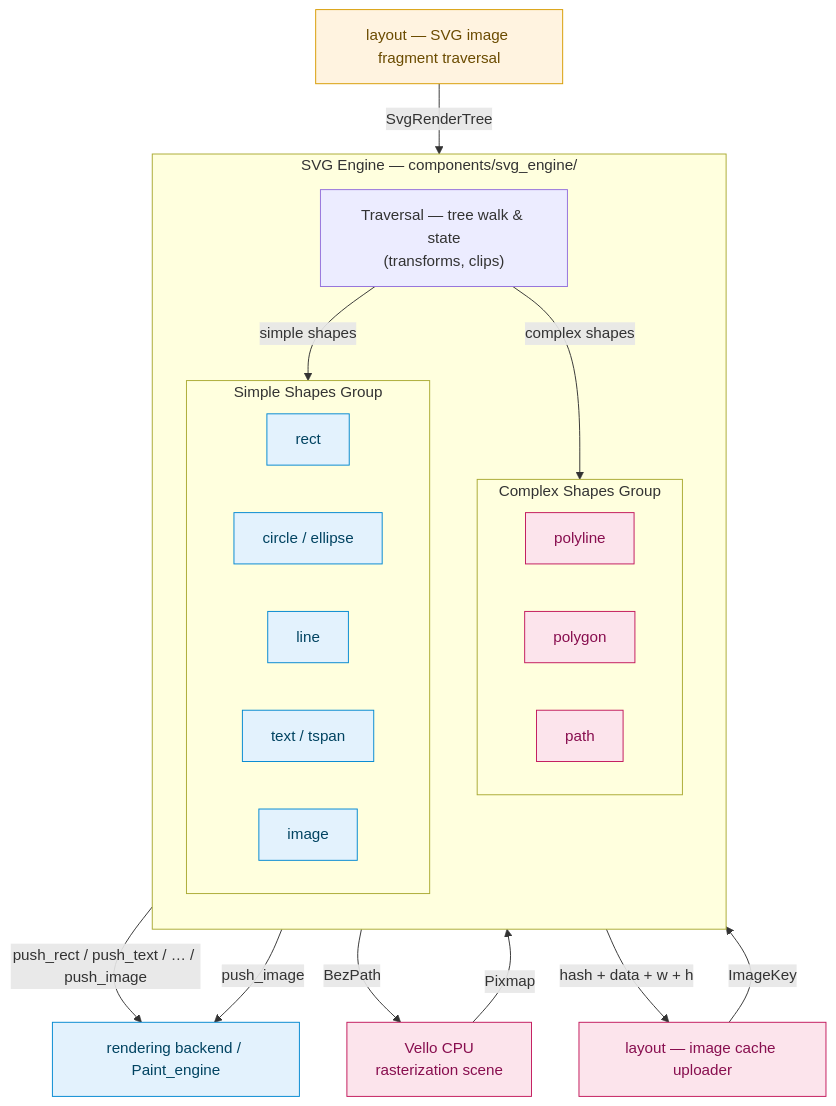
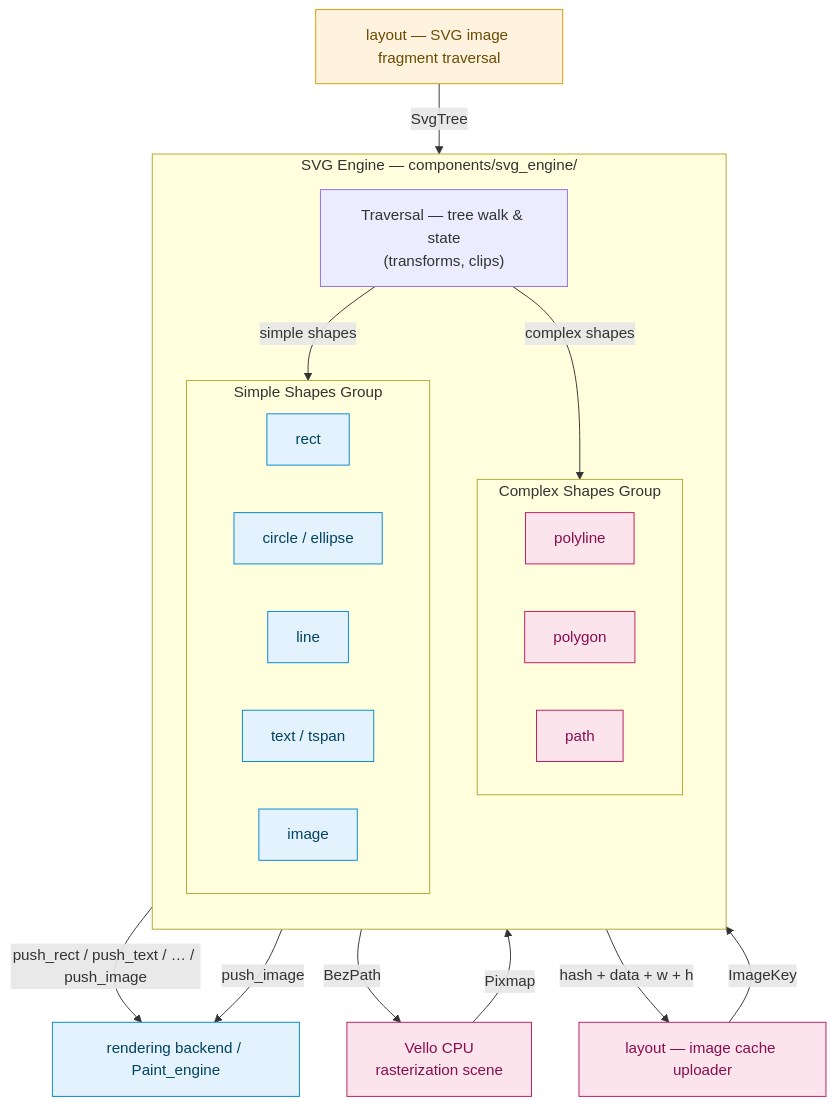
The second of 7 diagrams in components/svg_engine/README.md (mu-mostafa98/servo), drawn with Mermaid before and after one commit. The commit also changed other lines of this file and 51 other files, not shown here.

````diff
--- a/components/svg_engine/README.md
+++ b/components/svg_engine/README.md
@@ -185,44 +185,44 @@
 ```mermaid
 flowchart TB
     classDef entry fill:#fff3e0,stroke:#d79b00,color:#6b4b00
     classDef native fill:#e3f2fd,stroke:#0288d1,color:#014361
     classDef vello fill:#fce4ec,stroke:#c2185b,color:#880e4f
 
     IL["layout — SVG image fragment traversal"]:::entry
 
     subgraph ENG["SVG Engine — components/svg_engine/"]
         direction TB
         TRAV["Traversal — tree walk & state<br/>(transforms, clips)"]
 
         subgraph COMPLEX["Complex Shapes Group"]
             direction LR
             POLYLINE["polyline"]:::vello
             POLYGON["polygon"]:::vello
             PATH["path"]:::vello
         end
 
         subgraph SIMPLE["Simple Shapes Group"]
             direction LR
             RECT["rect"]:::native
             CIRC["circle / ellipse"]:::native
             LINE["line"]:::native
             TEXT["text / tspan"]:::native
             IMG["image"]:::native
         end
 
         TRAV -->|"complex shapes"| COMPLEX
         TRAV -->|"simple shapes"| SIMPLE
     end
 
     WR["rendering backend / Paint_engine"]:::native
     VELLO["Vello CPU<br/>rasterization scene"]:::vello
     UPLOAD["layout — image cache uploader"]:::vello
 
-    IL -->|"SvgRenderTree"| TRAV
+    IL -->|"SvgTree"| TRAV
     SIMPLE -->|"push_rect / push_text / … / push_image"| WR
     COMPLEX -->|"BezPath"| VELLO
     VELLO -->|"Pixmap"| COMPLEX
     COMPLEX -->|"hash + data + w + h"| UPLOAD
     UPLOAD -->|"ImageKey"| COMPLEX
     COMPLEX -->|"push_image"| WR
 ```
````
